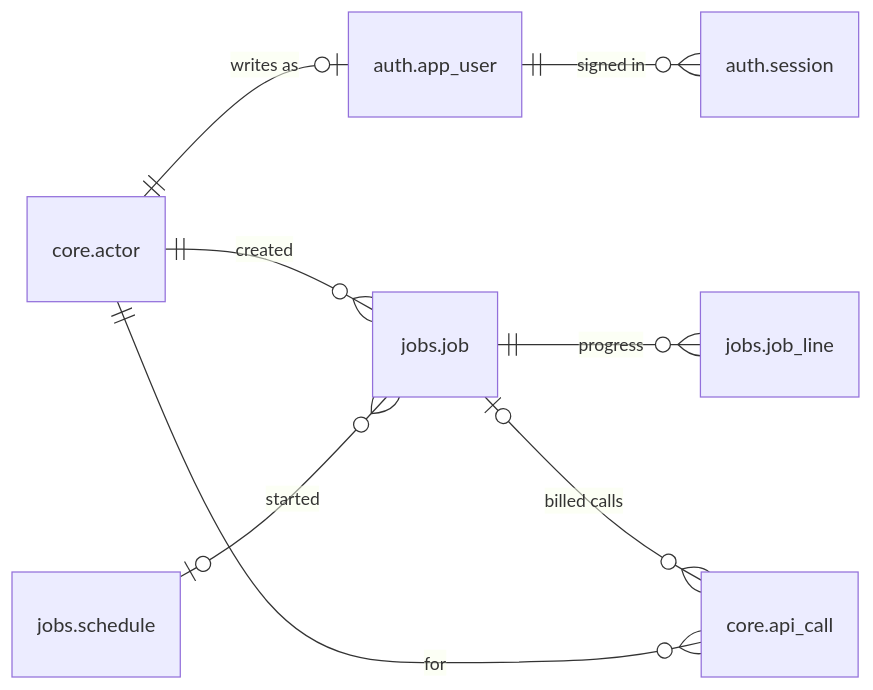
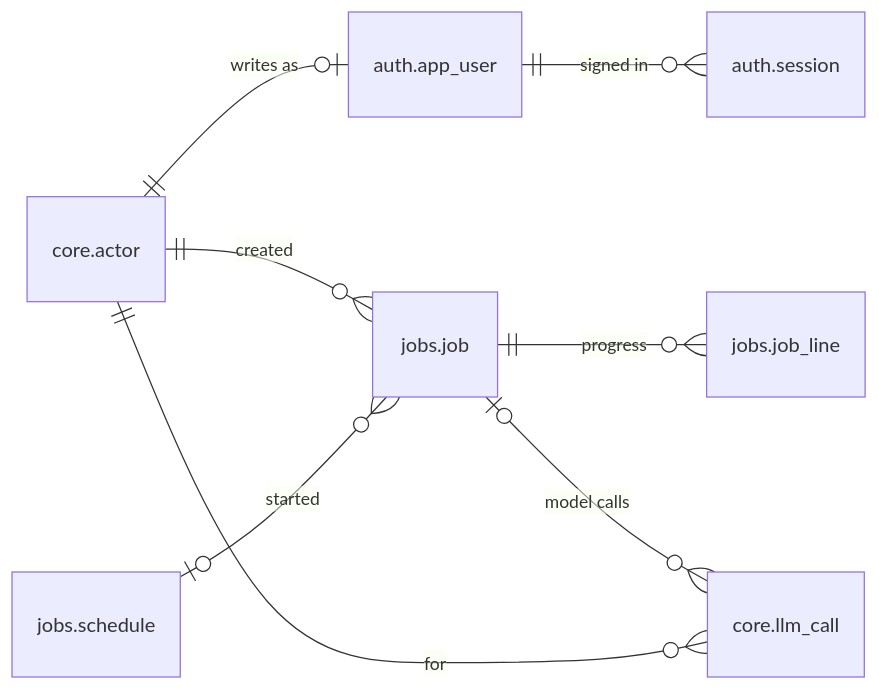
The second of 2 diagrams in docs/operations.md (shmarlya/trialwatch), drawn with Mermaid before and after one commit. The commit also changed other lines of this file and 66 other files, not shown here.

````diff
--- a/docs/operations.md
+++ b/docs/operations.md
@@ -184,18 +254,18 @@
 ```mermaid
 erDiagram
     direction LR
     actor["core.actor"]
     app_user["auth.app_user"]
     session["auth.session"]
     job["jobs.job"]
     job_line["jobs.job_line"]
     schedule["jobs.schedule"]
-    api_call["core.api_call"]
+    llm_call["core.llm_call"]
     actor ||--o| app_user : "writes as"
     app_user ||--o{ session : "signed in"
     actor ||--o{ job : "created"
     job ||--o{ job_line : "progress"
     schedule |o--o{ job : "started"
-    job |o--o{ api_call : "billed calls"
-    actor ||--o{ api_call : "for"
+    job |o--o{ llm_call : "model calls"
+    actor ||--o{ llm_call : "for"
 ```
````
